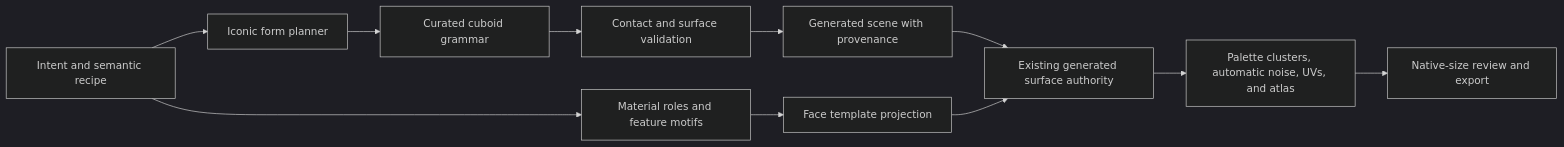
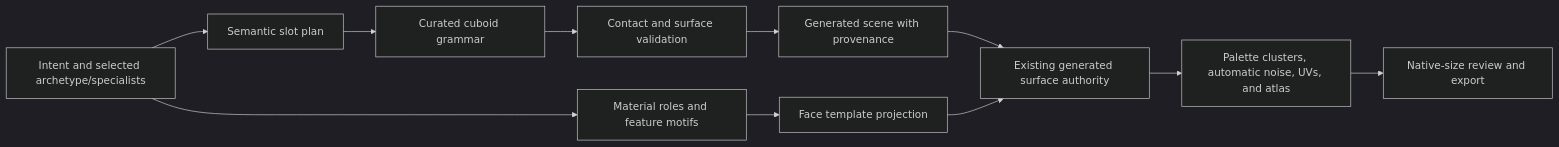
The diagram in docs/architecture/iconic-hardcut-modeling.md (sigee-min/Ashfox), drawn with Mermaid (dark theme) before and after one commit. The commit also changed other lines of this file and 288 other files, not shown here.

````diff
--- a/docs/architecture/iconic-hardcut-modeling.md
+++ b/docs/architecture/iconic-hardcut-modeling.md
@@ -70,13 +66,13 @@
 ```mermaid
 flowchart LR
-  A["Intent and semantic recipe"] --> B["Iconic form planner"]
+  A["Intent and selected archetype/specialists"] --> B["Semantic slot plan"]
   B --> C["Curated cuboid grammar"]
   C --> D["Contact and surface validation"]
   A --> E["Material roles and feature motifs"]
   D --> F["Generated scene with provenance"]
   E --> G["Face template projection"]
   F --> H["Existing generated surface authority"]
   G --> H
   H --> I["Palette clusters, automatic noise, UVs, and atlas"]
   I --> J["Native-size review and export"]
 ```
````
